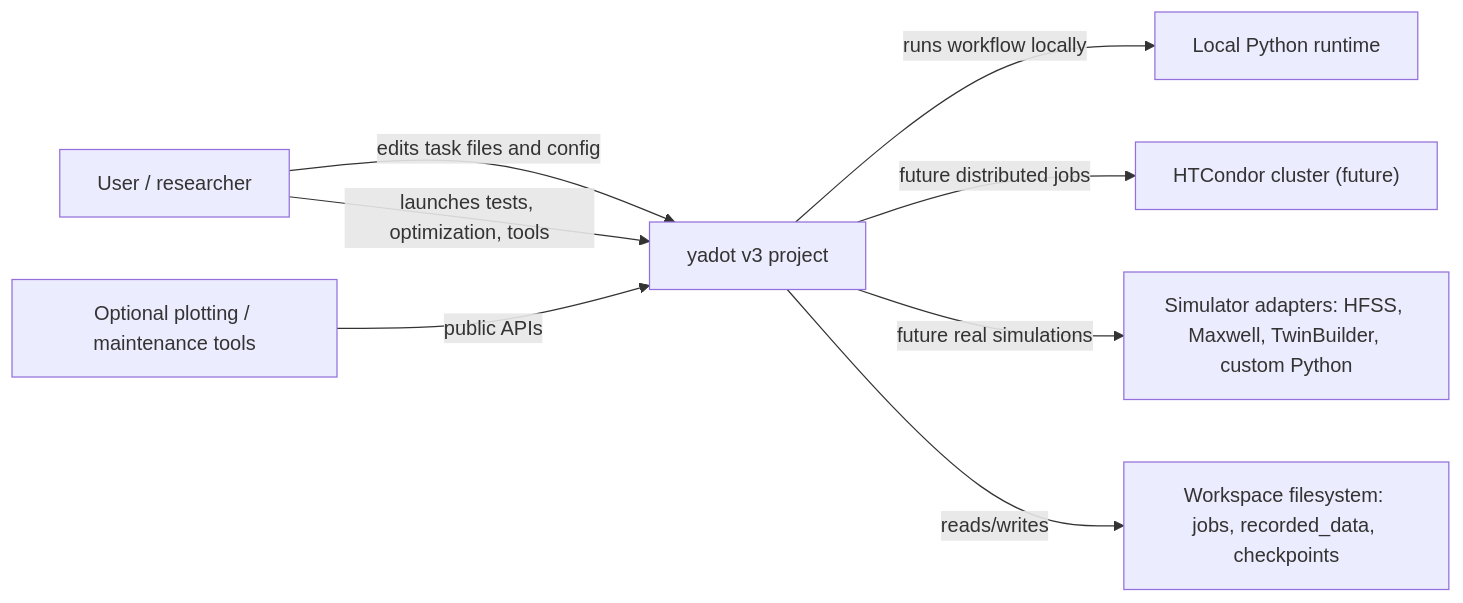
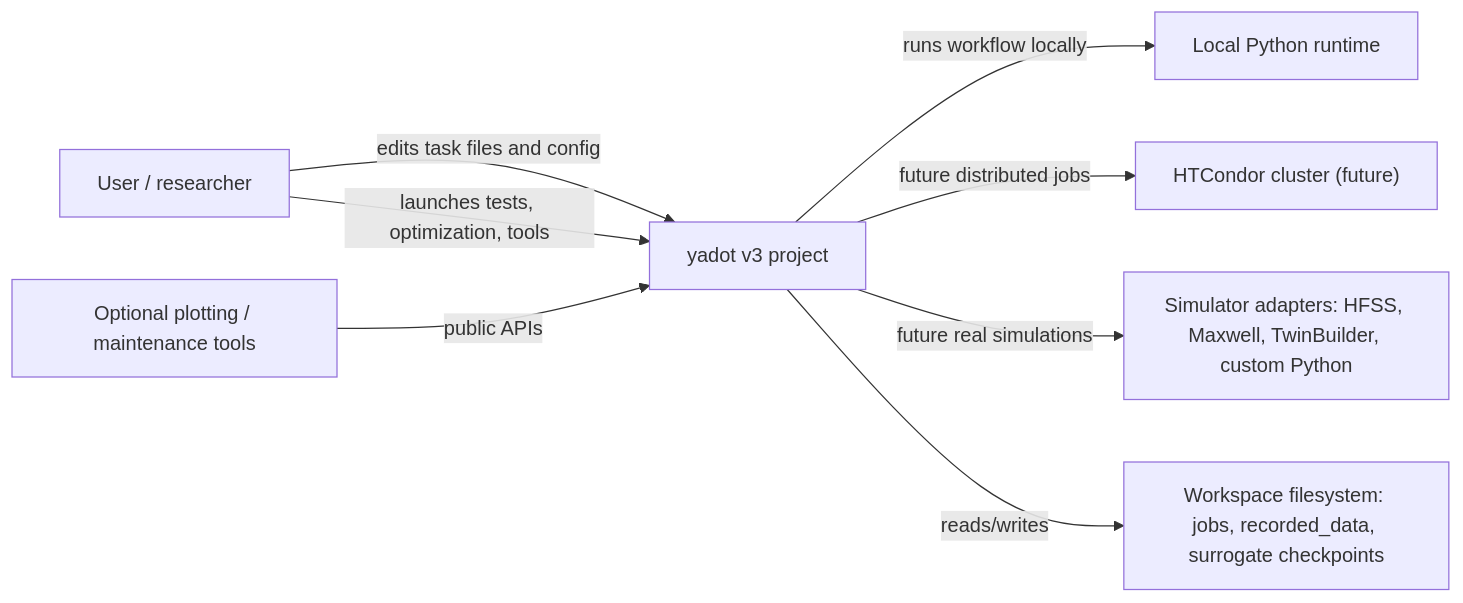
Before and after one commit to YS-Pan/yadof: the diagram in architecture/c4_context.md, drawn with Mermaid. The commit also changed other lines of this file and 26 other files, not shown here.

Commit message:
refactor: update recorded data storage layout

````diff
--- a/architecture/c4_context.md
+++ b/architecture/c4_context.md
@@ -8,10 +8,10 @@
 ```mermaid
 flowchart LR
     User["User / researcher"] -->|edits task files and config| Yadot["yadot v3 project"]
     User -->|launches tests, optimization, tools| Yadot
     Yadot -->|runs workflow locally| Python["Local Python runtime"]
     Yadot -->|future distributed jobs| HTCondor["HTCondor cluster (future)"]
     Yadot -->|future real simulations| Simulator["Simulator adapters: HFSS, Maxwell, TwinBuilder, custom Python"]
-    Yadot -->|reads/writes| FS["Workspace filesystem: jobs, recorded_data, checkpoints"]
+    Yadot -->|reads/writes| FS["Workspace filesystem: jobs, recorded_data, surrogate checkpoints"]
     Tools["Optional plotting / maintenance tools"] -->|public APIs| Yadot
 ```
````
